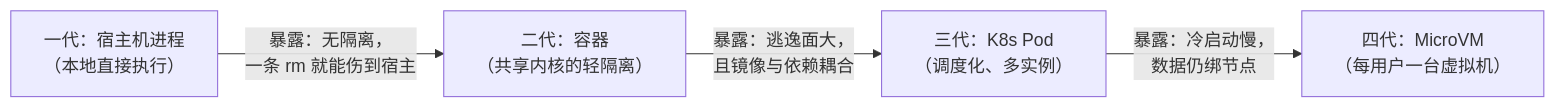
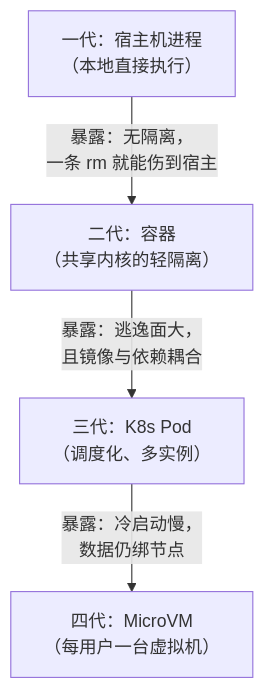
One commit to xunberg/xunberg.github.io changed the first of 4 diagrams in draft/agent_harness/04-sandbox-contracts.md. Above: the diagram before and after it, drawn with Mermaid. The commit also changed other lines of this file and 19 other files, not shown here.

````diff
--- a/draft/agent_harness/04-sandbox-contracts.md
+++ b/draft/agent_harness/04-sandbox-contracts.md
@@ -38,6 +38,6 @@
 ```mermaid
-flowchart LR
+flowchart TB
     G1["一代：宿主机进程<br/>（本地直接执行）"] -->|"暴露：无隔离，<br/>一条 rm 就能伤到宿主"| G2["二代：容器<br/>（共享内核的轻隔离）"]
     G2 -->|"暴露：逃逸面大，<br/>且镜像与依赖耦合"| G3["三代：K8s Pod<br/>（调度化、多实例）"]
     G3 -->|"暴露：冷启动慢，<br/>数据仍绑节点"| G4["四代：MicroVM<br/>（每用户一台虚拟机）"]
 ```
````
